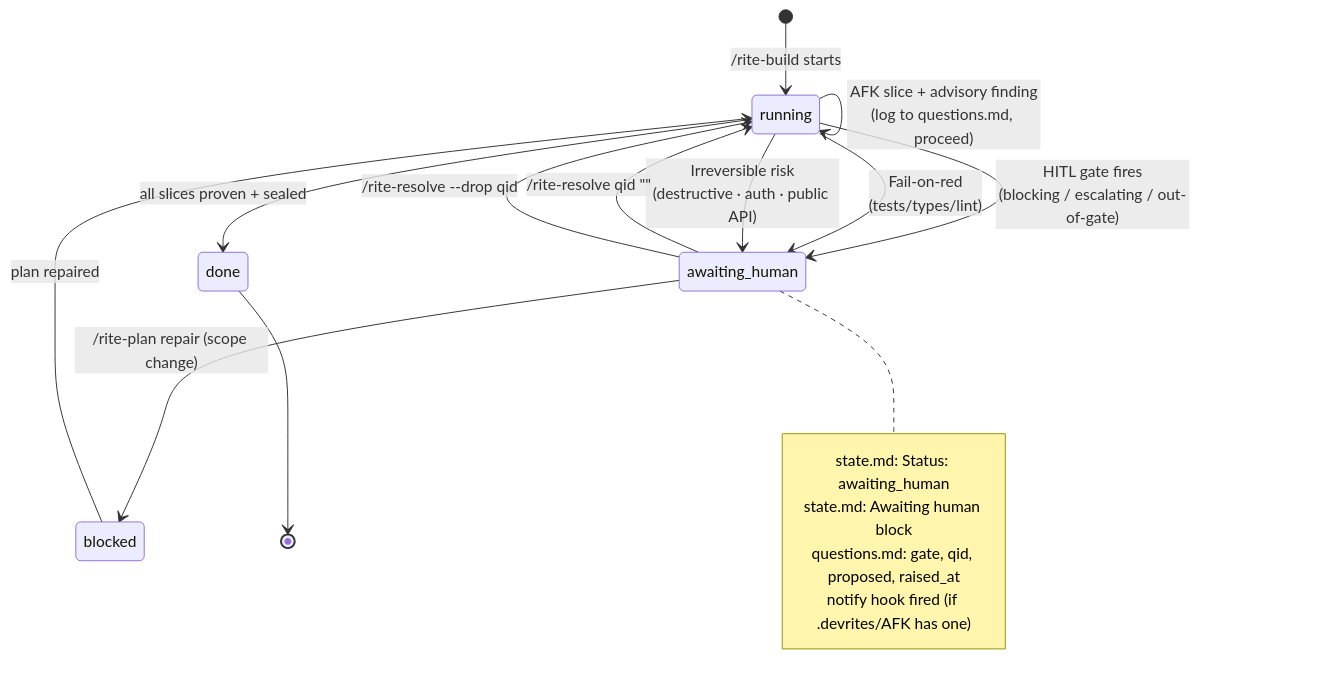
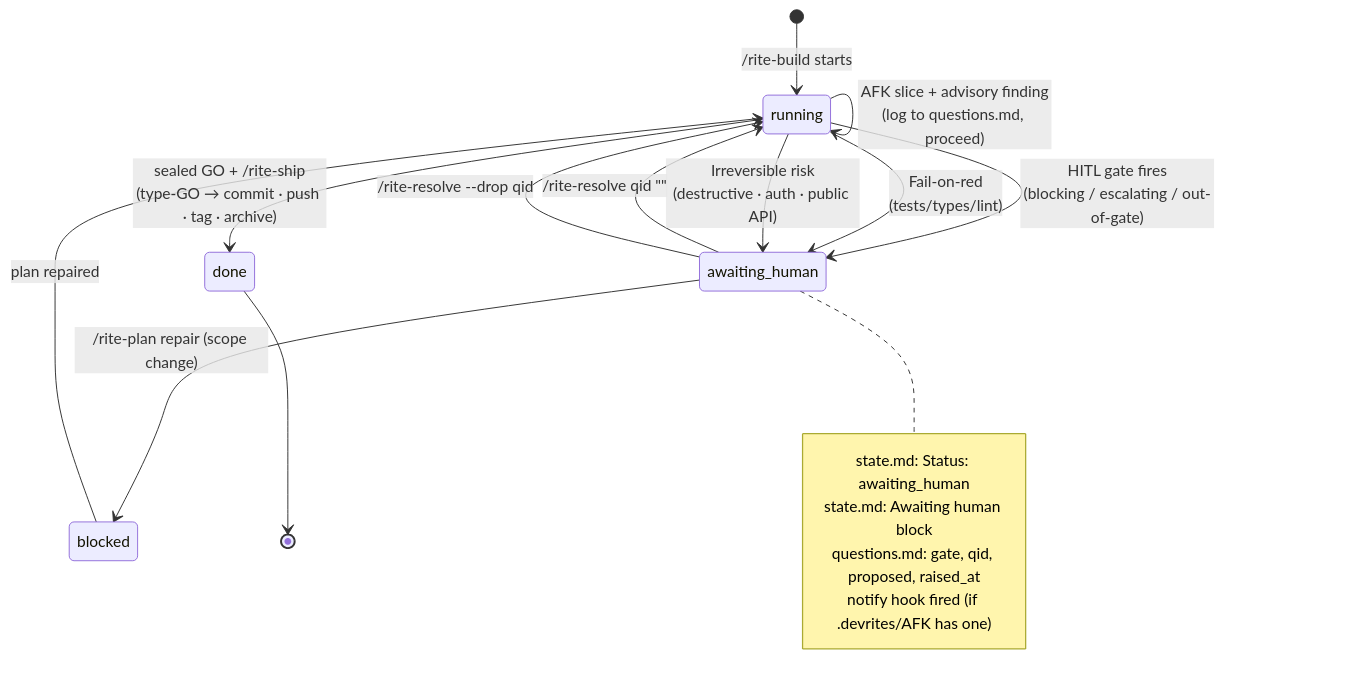
One commit to ViktorsBaikers/DevRites changed the ninth of 9 diagrams in docs/flow.md. Above: the diagram before and after it, drawn with Mermaid. The commit also changed other lines of this file and 10 other files, not shown here.

````diff
--- a/docs/flow.md
+++ b/docs/flow.md
@@ -320,21 +325,21 @@
 ```mermaid
 stateDiagram-v2
     [*] --> running: /rite-build starts
     running --> running: AFK slice + advisory finding<br/>(log to questions.md, proceed)
     running --> awaiting_human: HITL gate fires<br/>(blocking / escalating / out-of-gate)
     running --> awaiting_human: Fail-on-red<br/>(tests/types/lint)
     running --> awaiting_human: Irreversible risk<br/>(destructive · auth · public API)
     awaiting_human --> running: /rite-resolve qid "<answer>"
     awaiting_human --> running: /rite-resolve --drop qid
     awaiting_human --> blocked: /rite-plan repair (scope change)
     blocked --> running: plan repaired
-    running --> done: all slices proven + sealed
+    running --> done: sealed GO + /rite-ship<br/>(type-GO → commit · push · tag · archive)
     done --> [*]
 
     note right of awaiting_human
         state.md: Status: awaiting_human
         state.md: Awaiting human block
         questions.md: gate, qid, proposed, raised_at
         notify hook fired (if .devrites/AFK has one)
     end note
 ```
````
